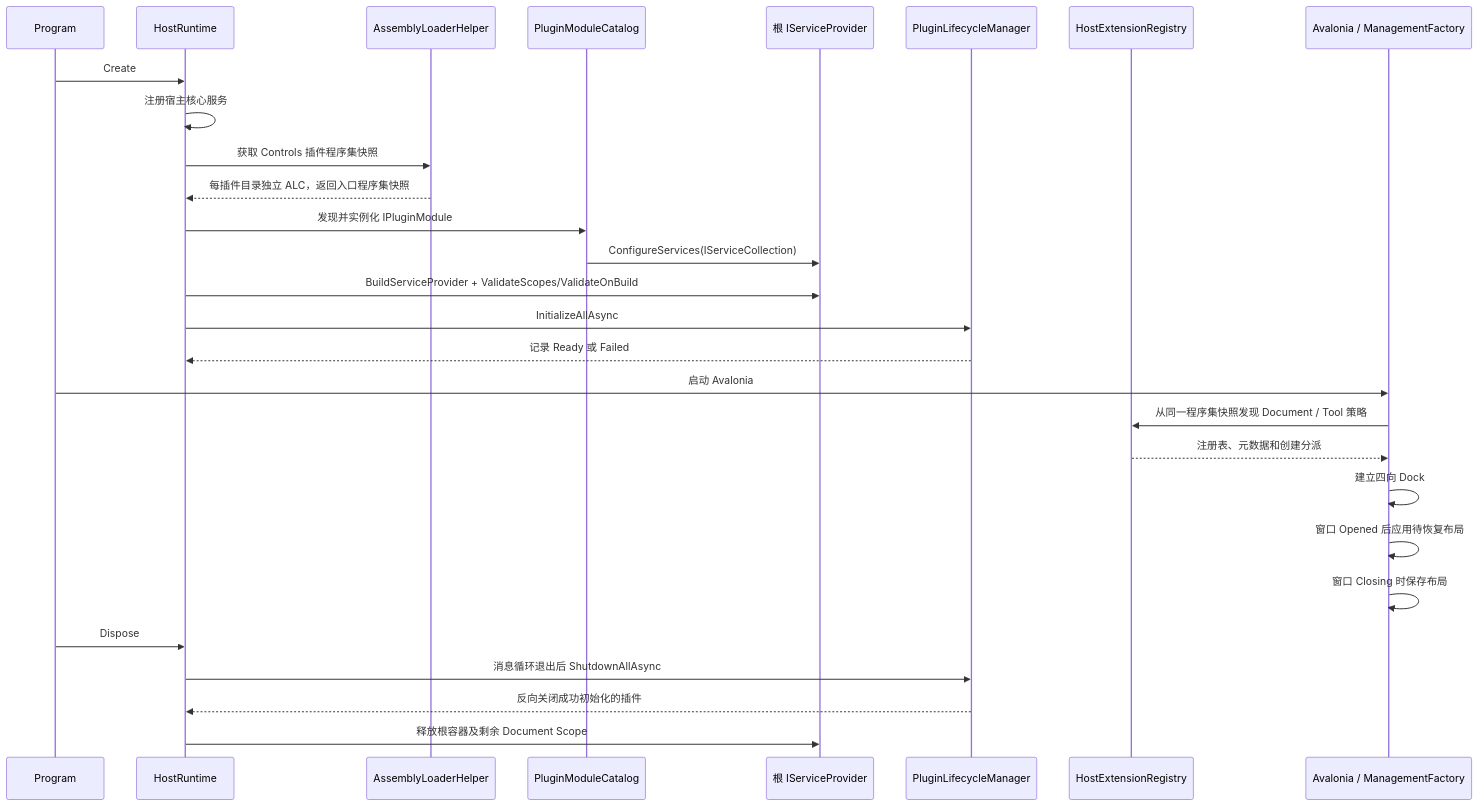
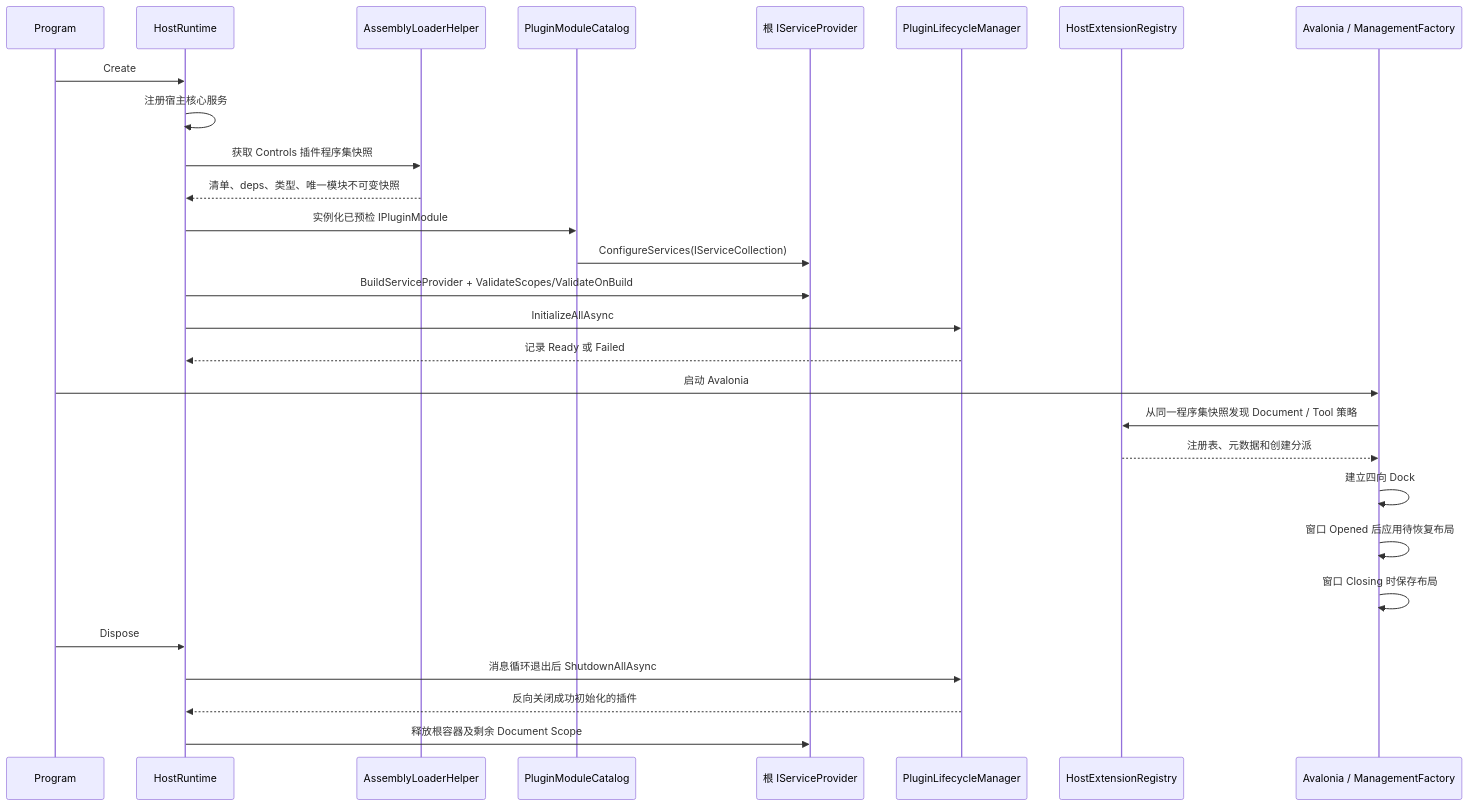
The second of 5 diagrams in docs/design/host-plugin-architecture-review.md (crownclowngx/avalonia_dock_simple_test), drawn with Mermaid before and after one commit. The commit also changed other lines of this file and 36 other files, not shown here.

````diff
--- a/docs/design/host-plugin-architecture-review.md
+++ b/docs/design/host-plugin-architecture-review.md
@@ -68,31 +68,31 @@
 ```mermaid
 sequenceDiagram
     participant P as Program
     participant R as HostRuntime
     participant L as AssemblyLoaderHelper
     participant C as PluginModuleCatalog
     participant DI as 根 IServiceProvider
     participant LM as PluginLifecycleManager
     participant E as HostExtensionRegistry
     participant UI as Avalonia / ManagementFactory
 
     P->>R: Create
     R->>R: 注册宿主核心服务
     R->>L: 获取 Controls 插件程序集快照
-    L-->>R: 每插件目录独立 ALC，返回入口程序集快照
-    R->>C: 发现并实例化 IPluginModule
+    L-->>R: 清单、deps、类型、唯一模块不可变快照
+    R->>C: 实例化已预检 IPluginModule
     C->>DI: ConfigureServices(IServiceCollection)
     R->>DI: BuildServiceProvider + ValidateScopes/ValidateOnBuild
     R->>LM: InitializeAllAsync
     LM-->>R: 记录 Ready 或 Failed
     P->>UI: 启动 Avalonia
     UI->>E: 从同一程序集快照发现 Document / Tool 策略
     E-->>UI: 注册表、元数据和创建分派
     UI->>UI: 建立四向 Dock
     UI->>UI: 窗口 Opened 后应用待恢复布局
     UI->>UI: 窗口 Closing 时保存布局
     P->>R: Dispose
     R->>LM: 消息循环退出后 ShutdownAllAsync
     LM-->>R: 反向关闭成功初始化的插件
     R->>DI: 释放根容器及剩余 Document Scope
 ```
````
